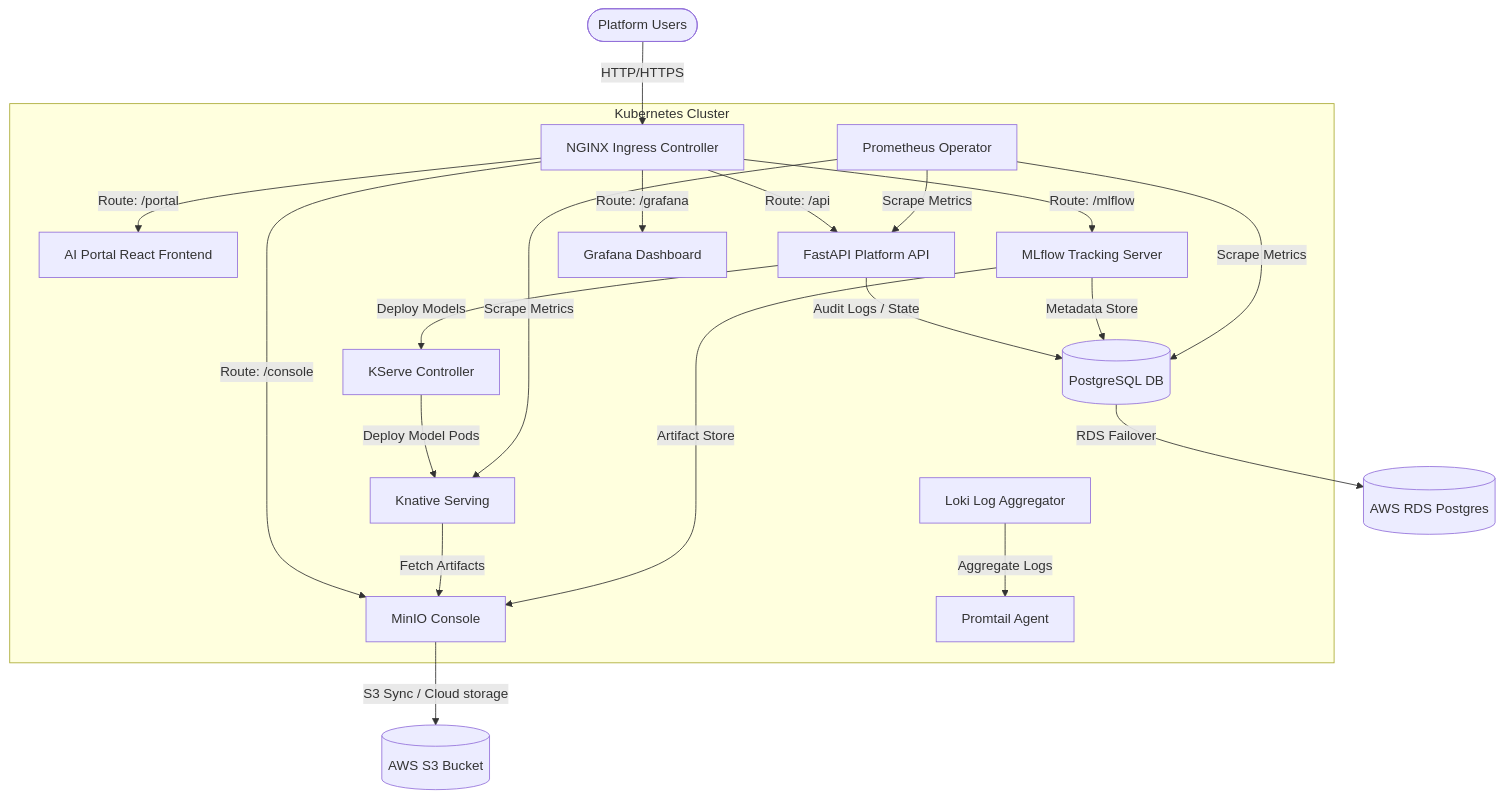
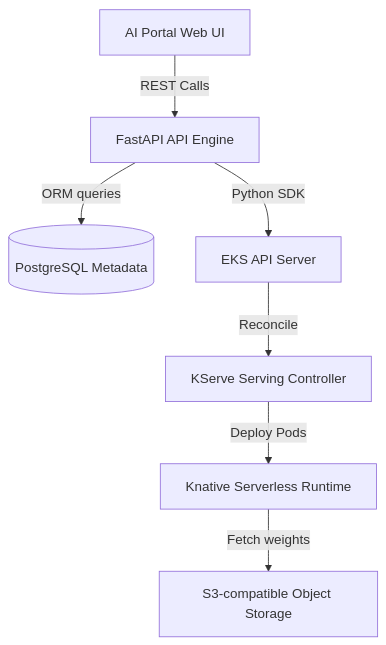
One commit to bittush8789/kubernetes-ai-infrastructure-platform changed the first of 3 diagrams in docs/HLD.md. Above: the diagram before and after it, drawn with Mermaid. The commit also changed other lines of this file and 11 other files, not shown here.

````diff
--- a/docs/HLD.md
+++ b/docs/HLD.md
@@ -11,29 +26,9 @@
 ```mermaid
 graph TD
-    User([Platform Users]) -->|HTTP/HTTPS| Ingress[NGINX Ingress Controller]
-    
-    subgraph K8s [Kubernetes Cluster]
-        Ingress -->|Route: /portal| UI[AI Portal React Frontend]
-        Ingress -->|Route: /api| API[FastAPI Platform API]
-        Ingress -->|Route: /mlflow| MLflow[MLflow Tracking Server]
-        Ingress -->|Route: /console| MinIO[MinIO Console]
-        Ingress -->|Route: /grafana| Grafana[Grafana Dashboard]
-        
-        API -->|Deploy Models| KServe[KServe Controller]
-        API -->|Audit Logs / State| Postgres[(PostgreSQL DB)]
-        
-        KServe -->|Deploy Model Pods| Knative[Knative Serving]
-        Knative -->|Fetch Artifacts| MinIO
-        MLflow -->|Metadata Store| Postgres
-        MLflow -->|Artifact Store| MinIO
-        
-        Prometheus[Prometheus Operator] -->|Scrape Metrics| Knative
-        Prometheus -->|Scrape Metrics| API
-        Prometheus -->|Scrape Metrics| Postgres
-        
-        Loki[Loki Log Aggregator] -->|Aggregate Logs| Promtail[Promtail Agent]
-    end
-    
-    MinIO -->|S3 Sync / Cloud storage| S3[(AWS S3 Bucket)]
-    Postgres -->|RDS Failover| AWS_RDS[(AWS RDS Postgres)]
+    UI[AI Portal Web UI] -->|REST Calls| API[FastAPI API Engine]
+    API -->|ORM queries| Postgres[(PostgreSQL Metadata)]
+    API -->|Python SDK| K8sAPI[EKS API Server]
+    K8sAPI -->|Reconcile| KServe[KServe Serving Controller]
+    KServe -->|Deploy Pods| Knative[Knative Serverless Runtime]
+    Knative -->|Fetch weights| MinIO[S3-compatible Object Storage]
 ```
````
